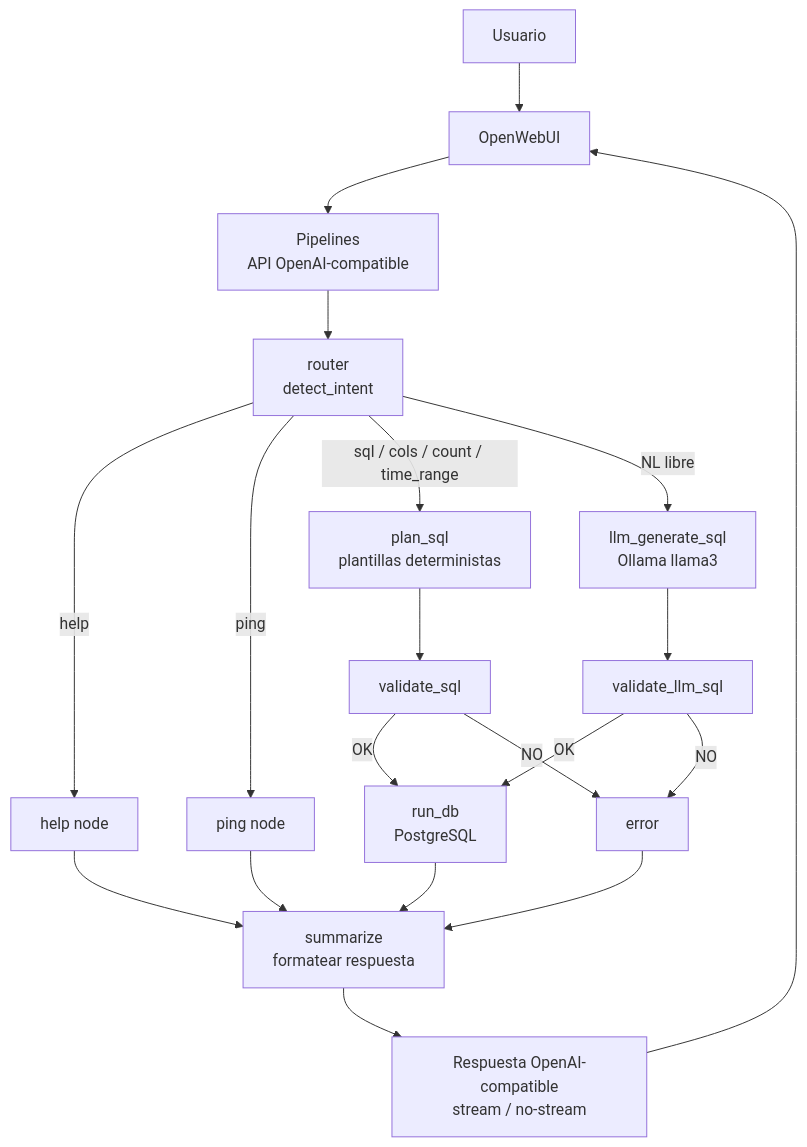
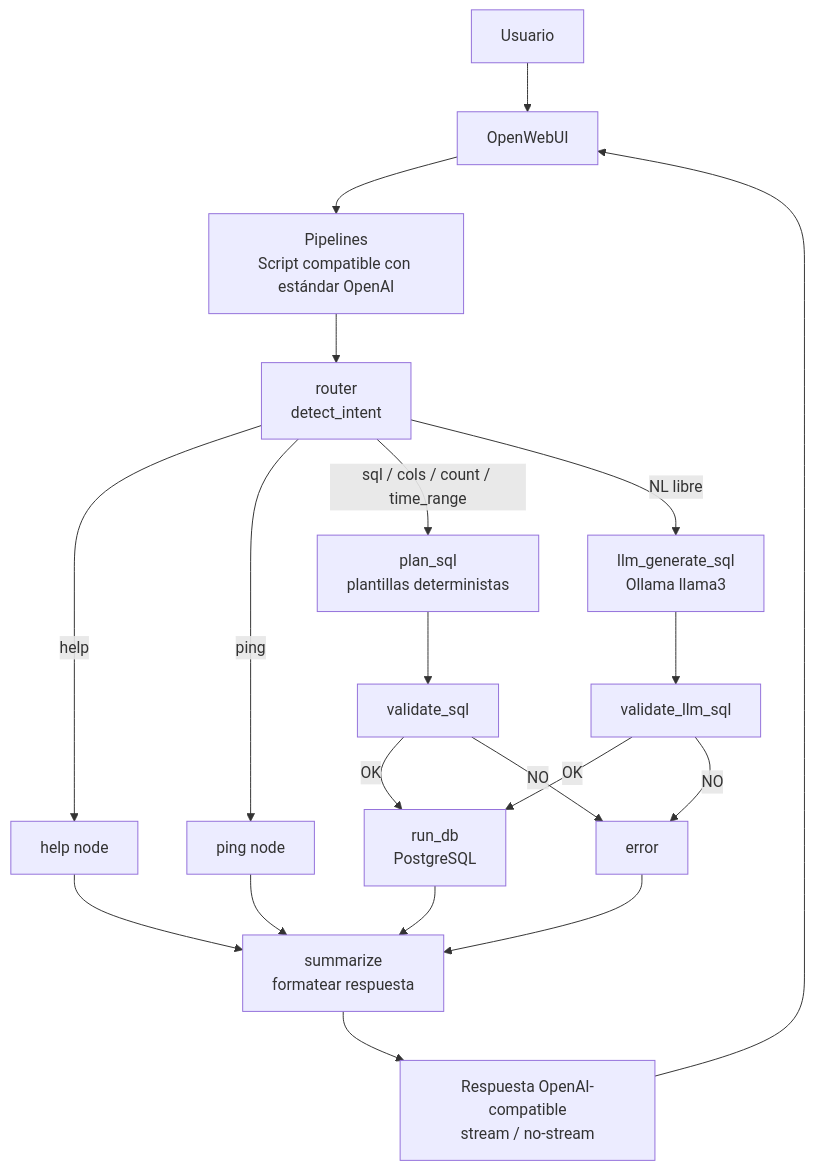
Before and after one commit to Ind50-UPM/2025-JP-GENESIS: the diagram in TFM/Pipelines/enfoque_agenteunificado/readme.md, drawn with Mermaid.

````diff
--- a/TFM/Pipelines/enfoque_agenteunificado/readme.md
+++ b/TFM/Pipelines/enfoque_agenteunificado/readme.md
@@ -161,33 +161,33 @@
 ```mermaid
 flowchart TD
 U[Usuario] --> OW[OpenWebUI]
-  OW --> P[Pipelines<br/>API OpenAI-compatible]
+  OW --> P[Pipelines<br/>Script compatible con estándar OpenAI]
 
   P --> router[router<br/>detect_intent]
 
   %% Ramas iniciales
   router -->|help| help[help node]
   router -->|ping| ping[ping node]
 
   router -->|sql / cols / count / time_range| plan_sql[plan_sql<br/>plantillas deterministas]
   router -->|NL libre| llm_generate_sql[llm_generate_sql<br/>Ollama llama3]
 
   %% Ruta determinista
   plan_sql --> validate_sql_det[validate_sql]
   validate_sql_det -->|OK| run_db[run_db<br/>PostgreSQL]
   validate_sql_det -->|NO| error[error]
 
   %% Ruta LLM
   llm_generate_sql --> validate_sql_llm[validate_llm_sql]
   validate_sql_llm -->|OK| run_db
   validate_sql_llm -->|NO| error
 
   %% Común
   run_db --> summarize[summarize<br/>formatear respuesta]
   help --> summarize
   ping --> summarize
   error --> summarize
 
   summarize --> OUT[Respuesta OpenAI-compatible<br/>stream / no-stream]
   OUT --> OW
 ```
````
